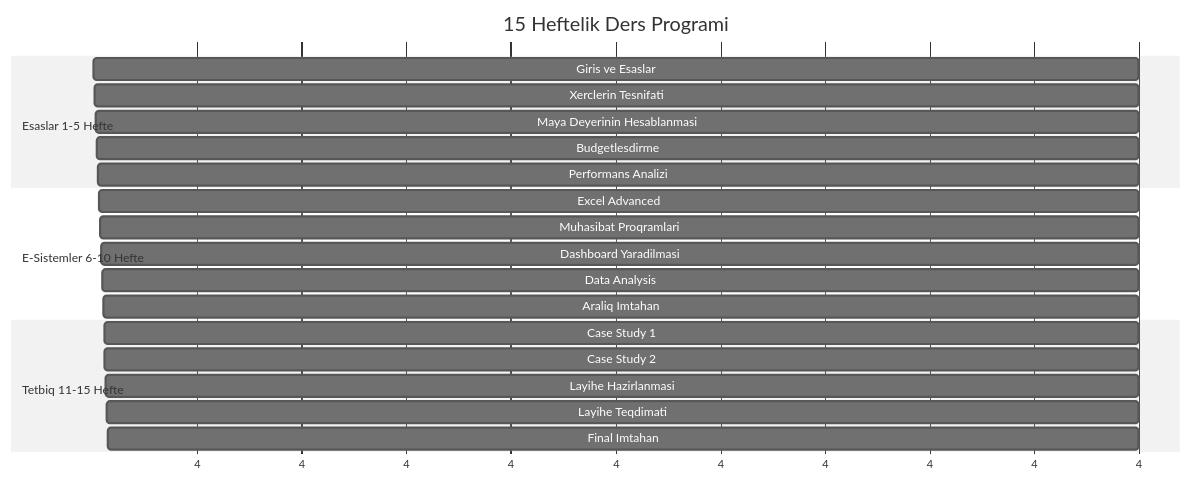
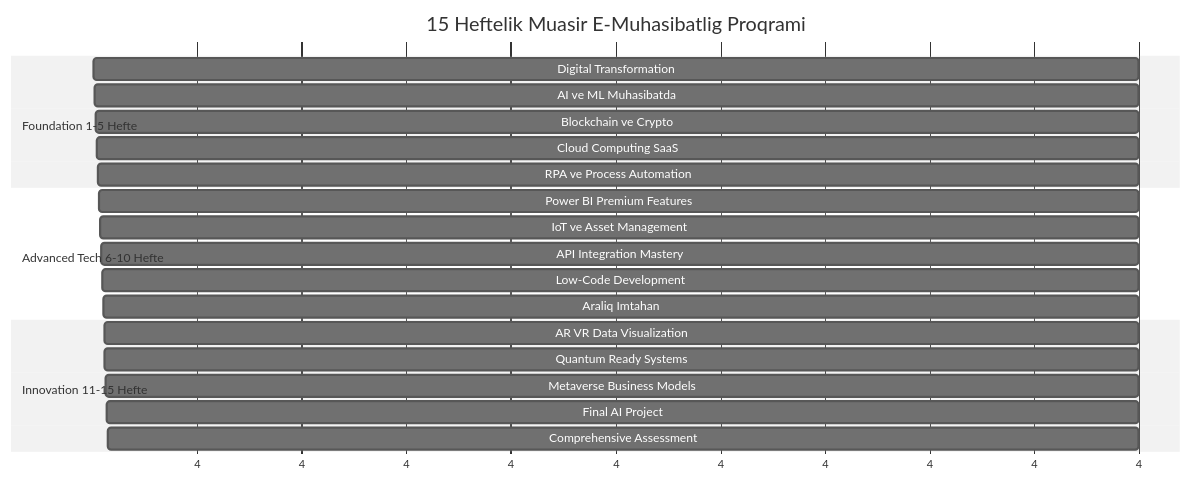
Before and after one commit to nes10r/D-A-e-m-hasibatl-q-f-nni: the second of 4 diagrams in README.md, drawn with Mermaid (neutral theme). The commit also changed other lines of this file, not shown here.

Commit message:
MUASIR TEXNOLOGIYALAR: AI, Blockchain, IoT, RPA ve Cloud Computing - Gelecek hazir fenn proqrami

````diff
--- a/README.md
+++ b/README.md
@@ -93,27 +105,27 @@
 ```mermaid
 gantt
-    title 15 Heftelik Ders Programi
+    title 15 Heftelik Muasir E-Muhasibatlig Proqrami
     dateFormat  X
     axisFormat %w
     
-    section Esaslar 1-5 Hefte
-    Giris ve Esaslar               :1, 1
-    Xerclerin Tesnifati            :2, 1
-    Maya Deyerinin Hesablanmasi    :3, 1
-    Budgetlesdirme                 :4, 1
-    Performans Analizi             :5, 1
+    section Foundation 1-5 Hefte
+    Digital Transformation         :1, 1
+    AI ve ML Muhasibatda          :2, 1
+    Blockchain ve Crypto          :3, 1
+    Cloud Computing SaaS          :4, 1
+    RPA ve Process Automation     :5, 1
     
-    section E-Sistemler 6-10 Hefte
-    Excel Advanced                 :6, 1
-    Muhasibat Proqramlari         :7, 1
-    Dashboard Yaradilmasi         :8, 1
-    Data Analysis                 :9, 1
-    Araliq Imtahan                :10, 1
+    section Advanced Tech 6-10 Hefte
+    Power BI Premium Features     :6, 1
+    IoT ve Asset Management       :7, 1
+    API Integration Mastery       :8, 1
+    Low-Code Development          :9, 1
+    Araliq Imtahan               :10, 1
     
-    section Tetbiq 11-15 Hefte
-    Case Study 1                  :11, 1
-    Case Study 2                  :12, 1
-    Layihe Hazirlanmasi          :13, 1
-    Layihe Teqdimati             :14, 1
-    Final Imtahan                 :15, 1
+    section Innovation 11-15 Hefte
+    AR VR Data Visualization     :11, 1
+    Quantum Ready Systems        :12, 1
+    Metaverse Business Models    :13, 1
+    Final AI Project             :14, 1
+    Comprehensive Assessment     :15, 1
 ```
````
